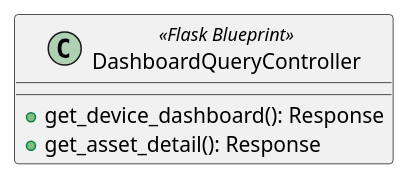
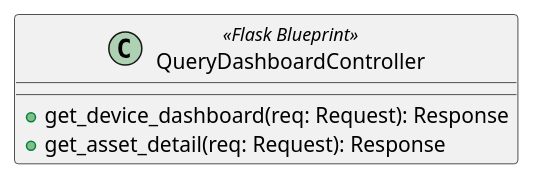
Before and after one commit to GroupRubberDuck/Documentazione: the diagram in src/PB/DocumentazioneEsterna/Specifica_Tecnica/content/uml/puml/Diagrammi_classi/Backend/InboundAdapters/QueryDashboardController.puml, drawn with PlantUML. The commit also changed 5 other files, not shown here.

Commit message:
Feat: diagrammi dashboard

```diff
--- a/src/PB/DocumentazioneEsterna/Specifica_Tecnica/content/uml/puml/Diagrammi_classi/Backend/InboundAdapters/QueryDashboardController.puml
+++ b/src/PB/DocumentazioneEsterna/Specifica_Tecnica/content/uml/puml/Diagrammi_classi/Backend/InboundAdapters/QueryDashboardController.puml
@@ -1,8 +1,8 @@
 @startuml QueryDashboardController
 
-class DashboardQueryController <<Flask Blueprint>> {
-    + get_device_dashboard(): Response
-    + get_asset_detail(): Response
+class QueryDashboardController <<Flask Blueprint>> {
+    + get_device_dashboard(req: Request): Response
+    + get_asset_detail(req: Request): Response
 }
 
 @enduml
```
